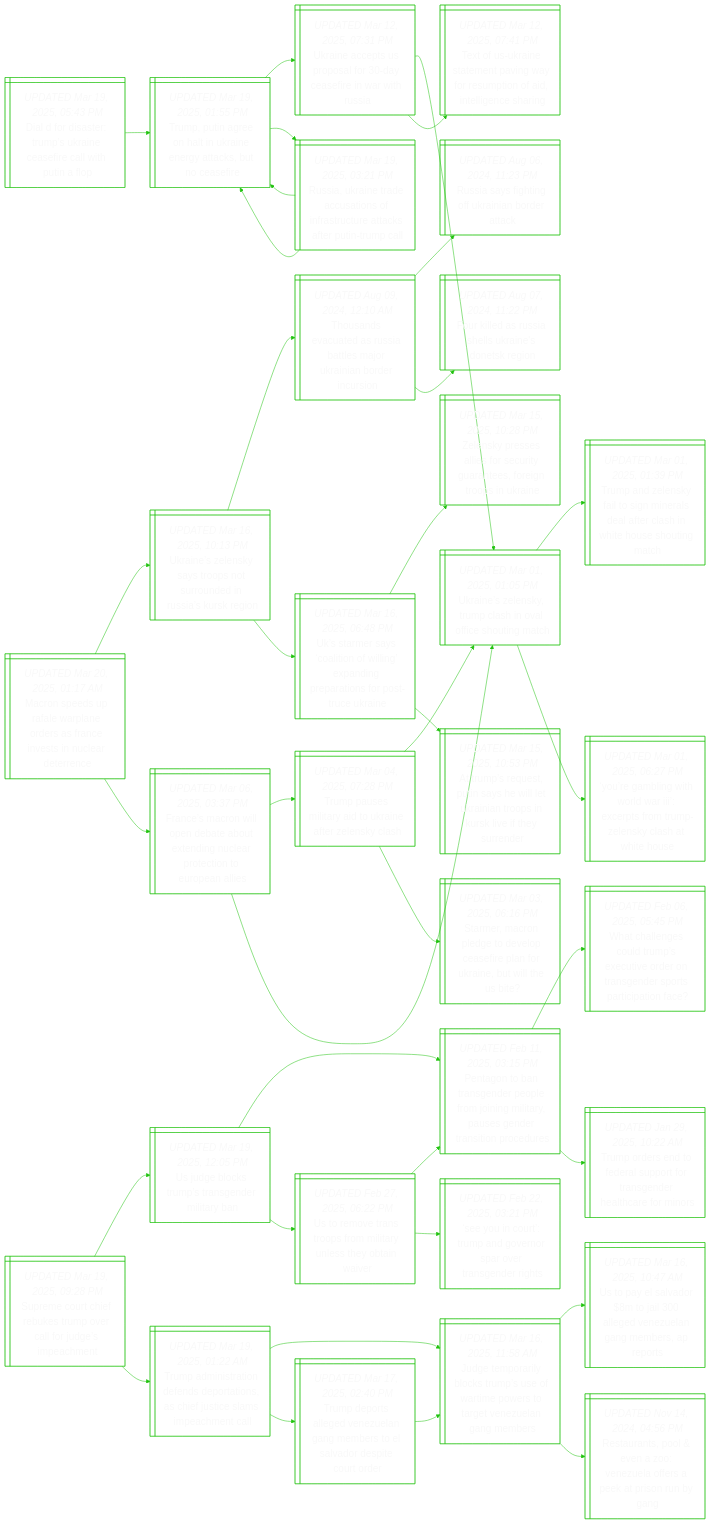
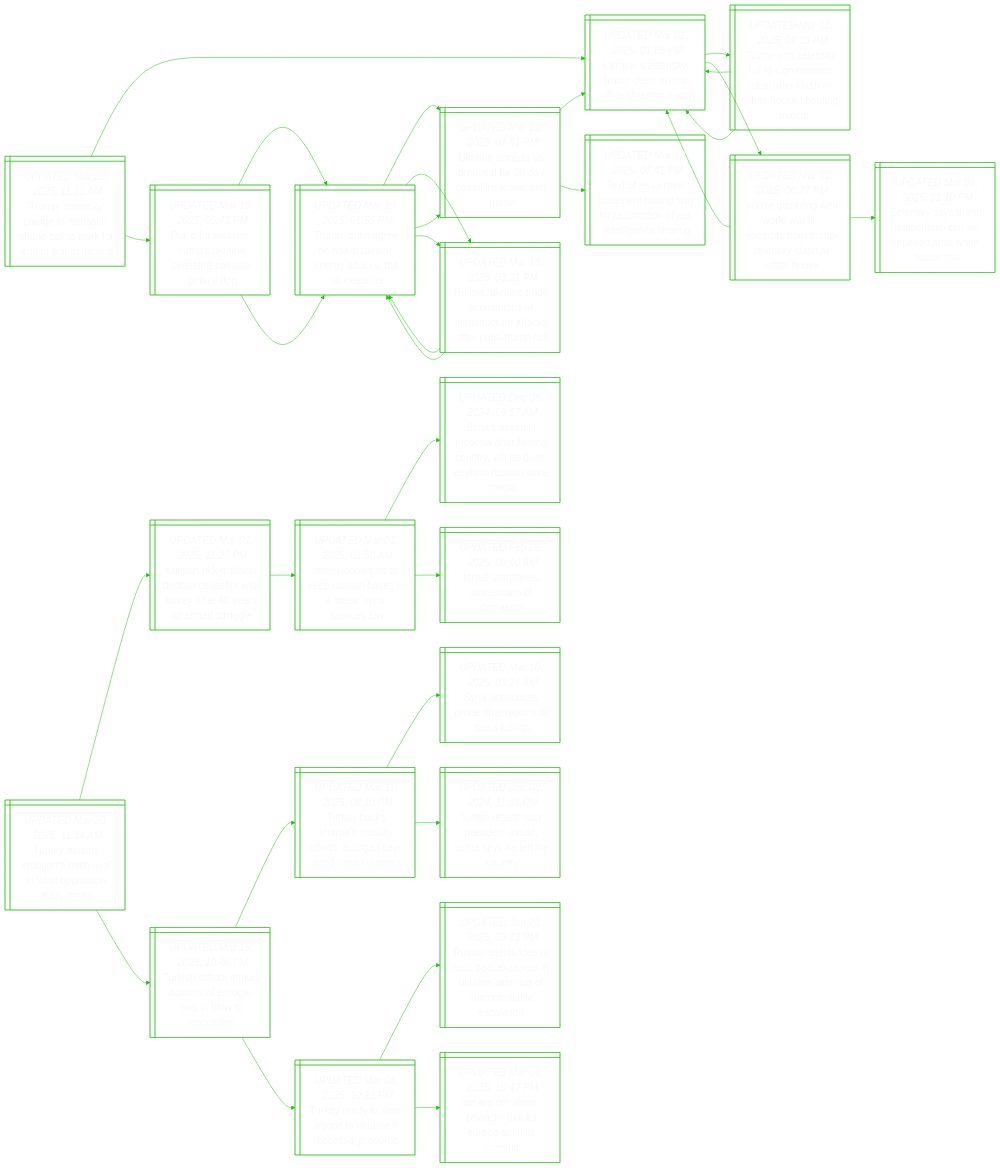
Before and after one commit to notJmes/notJmes: the diagram in README.md, drawn with Mermaid. The commit also changed other lines of this file, not shown here.

````diff
--- a/README.md
+++ b/README.md
@@ -15,6 +15,43 @@
 %%{init: {'theme':'base', 'themeVariables': {'primaryColor': "transparent", 'primaryTextColor': "#F9F9F9", 'lineColor': "#20C20E", 'primaryBorderColor':'#20C20E'}}}%%
 flowchart LR
 classDef txtsize font-size:20px;
+
+TZsenapcofdrr@{ shape: win-pane, label: "_UPDATED Mar 20, 2025, 11:30 AM_
+Trump, zelensky pledge in ‘fantastic’ phone call to work for end to war in ukraine" }
+Unlyphaiogh@{ shape: win-pane, label: "_UPDATED Mar 01, 2025, 01:05 PM_
+Ukraine’s zelensky, trump clash in oval office shouting match" }
+TalytnretaWHsit@{ shape: win-pane, label: "_UPDATED Mar 01, 2025, 01:39 PM_
+Trump and zelensky fail to sign minerals deal after clash in white house shouting match" }
+Unlyphaiogh@{ shape: win-pane, label: "_UPDATED Mar 01, 2025, 01:05 PM_
+Ukraine’s zelensky, trump clash in oval office shouting match" }
+Unlyphaiogh@{ shape: win-pane, label: "_UPDATED Mar 01, 2025, 01:05 PM_
+Ukraine’s zelensky, trump clash in oval office shouting match" }
+YgitlIcsTZsaWH@{ shape: win-pane, label: "_UPDATED Mar 01, 2025, 06:27 PM_
+‘you’re gambling with world war iii’: excerpts from trump-zelensky clash at white house" }
+Unlyphaiogh@{ shape: win-pane, label: "_UPDATED Mar 01, 2025, 01:05 PM_
+Ukraine’s zelensky, trump clash in oval office shouting match" }
+Zsymasaeeets@{ shape: win-pane, label: "_UPDATED Mar 01, 2025, 01:10 PM_
+Zelensky says trump relationship can be repaired after white house row" }
+Dfsrpaeilhnp@{ shape: win-pane, label: "_UPDATED Mar 19, 2025, 05:43 PM_
+Dial d for disaster: trump’s ukraine ceasefire call with putin a flop" }
+TPaotreyctar@{ shape: win-pane, label: "_UPDATED Mar 19, 2025, 01:55 PM_
+Trump, putin agree on halt in ukraine energy attacks, but no ceasefire" }
+UneSoocfnis@{ shape: win-pane, label: "_UPDATED Mar 12, 2025, 07:31 PM_
+Ukraine accepts us proposal for 30-day ceasefire in war with russia" }
+Raiacifacakeiml@{ shape: win-pane, label: "_UPDATED Mar 19, 2025, 03:21 PM_
+Russia, ukraine trade accusations of infrastructure attacks after putin-trump call" }
+
+TZsenapcofdrr:::txtsize --> Unlyphaiogh:::txtsize
+Unlyphaiogh:::txtsize --> TalytnretaWHsit:::txtsize
+TalytnretaWHsit:::txtsize --> Unlyphaiogh:::txtsize
+TalytnretaWHsit:::txtsize --> Unlyphaiogh:::txtsize
+Unlyphaiogh:::txtsize --> YgitlIcsTZsaWH:::txtsize
+YgitlIcsTZsaWH:::txtsize --> Unlyphaiogh:::txtsize
+YgitlIcsTZsaWH:::txtsize --> Zsymasaeeets:::txtsize
+TZsenapcofdrr:::txtsize --> Dfsrpaeilhnp:::txtsize
+Dfsrpaeilhnp:::txtsize --> TPaotreyctar:::txtsize
+TPaotreyctar:::txtsize --> UneSoocfnis:::txtsize
+TPaotreyctar:::txtsize --> Raiacifacakeiml:::txtsize
 
 Dfsrpaeilhnp@{ shape: win-pane, label: "_UPDATED Mar 19, 2025, 05:43 PM_
 Dial d for disaster: trump’s ukraine ceasefire call with putin a flop" }
@@ -41,93 +78,41 @@
 Raiacifacakeiml:::txtsize --> TPaotreyctar:::txtsize
 Raiacifacakeiml:::txtsize --> TPaotreyctar:::txtsize
 
-Mndawadscenetn@{ shape: win-pane, label: "_UPDATED Mar 20, 2025, 01:17 AM_
-Macron speeds up rafale warplane orders as france invests in nuclear deterrence" }
-Unlytsunnirg@{ shape: win-pane, label: "_UPDATED Mar 16, 2025, 10:13 PM_
-Ukraine’s zelensky says troops not surrounded in russia’s kursk region" }
-TavtRaljradco@{ shape: win-pane, label: "_UPDATED Aug 09, 2024, 12:10 AM_
-Thousands evacuated as russia battles major ukrainian border incursion" }
-Rafifibrc@{ shape: win-pane, label: "_UPDATED Aug 06, 2024, 11:23 PM_
-Russia says fighting off ukrainian border attack" }
-Fiasekeee@{ shape: win-pane, label: "_UPDATED Aug 07, 2024, 11:22 PM_
-Four killed as russia shells ukraine's donetsk region" }
-UasoiwnagaortUn@{ shape: win-pane, label: "_UPDATED Mar 16, 2025, 06:48 PM_
-Uk’s starmer says ‘coalition of willing’ expanding preparations for post-truce ukraine" }
-Zseasetreeria@{ shape: win-pane, label: "_UPDATED Mar 15, 2025, 10:28 PM_
-Zelensky presses allies for security guarantees, foreign troops in ukraine" }
-AmqPselraoKlfsn@{ shape: win-pane, label: "_UPDATED Mar 15, 2025, 10:53 PM_
-At trump’s request, putin says he will let ukrainian troops in kursk live if they surrender" }
-FerlntuegeoiEel@{ shape: win-pane, label: "_UPDATED Mar 06, 2025, 03:37 PM_
-France’s macron will open debate about extending nuclear protection to european allies" }
-Tpstikernl@{ shape: win-pane, label: "_UPDATED Mar 04, 2025, 07:28 PM_
-Trump pauses military aid to ukraine after zelensky clash" }
-Unlyphaiogh@{ shape: win-pane, label: "_UPDATED Mar 01, 2025, 01:05 PM_
-Ukraine’s zelensky, trump clash in oval office shouting match" }
-Sereolarnkeiet@{ shape: win-pane, label: "_UPDATED Mar 03, 2025, 06:16 PM_
-Starmer, macron pledge to develop ceasefire plan for ukraine, but will the us bite?" }
-Unlyphaiogh@{ shape: win-pane, label: "_UPDATED Mar 01, 2025, 01:05 PM_
-Ukraine’s zelensky, trump clash in oval office shouting match" }
-TalytnretaWHsit@{ shape: win-pane, label: "_UPDATED Mar 01, 2025, 01:39 PM_
-Trump and zelensky fail to sign minerals deal after clash in white house shouting match" }
-YgitlIcsTZsaWH@{ shape: win-pane, label: "_UPDATED Mar 01, 2025, 06:27 PM_
-‘you’re gambling with world war iii’: excerpts from trump-zelensky clash at white house" }
+Tyidsritsns@{ shape: win-pane, label: "_UPDATED Mar 20, 2025, 11:34 AM_
+Turkey detains erdogan’s main rival in what opposition calls ‘coup’" }
+Ksmaeeewuayoeu@{ shape: win-pane, label: "_UPDATED Mar 01, 2025, 11:23 PM_
+Kurdish pkk militants declare ceasefire with turkey after 40 years of armed struggle" }
+IlitpisaSse@{ shape: win-pane, label: "_UPDATED Mar 01, 2025, 01:50 AM_
+Israel lobbies us to keep russian bases in a ‘weak’ syria, sources say" }
+SsdsflgtlisRati@{ shape: win-pane, label: "_UPDATED Dec 09, 2024, 09:57 AM_
+Syria’s assad in moscow after fleeing country, will be given asylum: russian state media" }
+Ilpsktau@{ shape: win-pane, label: "_UPDATED Feb 26, 2025, 09:40 AM_
+Israeli warplanes strike south of damascus" }
+Tsoniadriwpi@{ shape: win-pane, label: "_UPDATED Mar 19, 2025, 10:46 PM_
+Turkish school annuls diploma of erdogan rival in blow to opposition" }
+Tysaatornayvn@{ shape: win-pane, label: "_UPDATED Mar 11, 2025, 08:10 PM_
+Turkey backs sharaa’s stability efforts, erdogan says amid syrian violence" }
+Sanrfessl@{ shape: win-pane, label: "_UPDATED Mar 10, 2025, 03:27 AM_
+Syria announces probe after reports of mass killings" }
+SnltiARahtoy@{ shape: win-pane, label: "_UPDATED Dec 08, 2024, 11:38 PM_
+Syrian rebels oust president assad; russia says he left the country" }
+TyynoUneau@{ shape: win-pane, label: "_UPDATED Mar 06, 2025, 10:22 PM_
+Turkey ready to send troops to ukraine if necessary: source" }
+Raceaaeiaagcolao@{ shape: win-pane, label: "_UPDATED Jan 23, 2025, 09:13 PM_
+Russia rejects idea of nato peacekeepers in ukraine, warning of ‘uncontrollable escalation’" }
+Wnolykocsi@{ shape: win-pane, label: "_UPDATED Mar 06, 2025, 10:42 PM_
+‘we are not alone’: zelensky thanks europe at crisis summit" }
 
-Mndawadscenetn:::txtsize --> Unlytsunnirg:::txtsize
-Unlytsunnirg:::txtsize --> TavtRaljradco:::txtsize
-TavtRaljradco:::txtsize --> Rafifibrc:::txtsize
-TavtRaljradco:::txtsize --> Fiasekeee:::txtsize
-Unlytsunnirg:::txtsize --> UasoiwnagaortUn:::txtsize
-UasoiwnagaortUn:::txtsize --> Zseasetreeria:::txtsize
-UasoiwnagaortUn:::txtsize --> AmqPselraoKlfsn:::txtsize
-Mndawadscenetn:::txtsize --> FerlntuegeoiEel:::txtsize
-FerlntuegeoiEel:::txtsize --> Tpstikernl:::txtsize
-Tpstikernl:::txtsize --> Unlyphaiogh:::txtsize
-Tpstikernl:::txtsize --> Sereolarnkeiet:::txtsize
-FerlntuegeoiEel:::txtsize --> Unlyphaiogh:::txtsize
-Unlyphaiogh:::txtsize --> TalytnretaWHsit:::txtsize
-Unlyphaiogh:::txtsize --> YgitlIcsTZsaWH:::txtsize
-
-Smreurvljsan@{ shape: win-pane, label: "_UPDATED Mar 19, 2025, 09:28 PM_
-Supreme court chief rebukes trump over call for judge’s impeachment" }
-Ugcureman@{ shape: win-pane, label: "_UPDATED Mar 19, 2025, 12:05 PM_
-Us judge blocks trump’s transgender military ban" }
-Pgbanefogtagrsnes@{ shape: win-pane, label: "_UPDATED Feb 11, 2025, 03:15 PM_
-Pentagon to ban transgender people from joining military, pauses gender transition procedures" }
-Whnoretrnserrpn@{ shape: win-pane, label: "_UPDATED Feb 06, 2025, 05:45 PM_
-What challenges could trump’s executive order on transgender sports participation face?" }
-Tosorpfanecoo@{ shape: win-pane, label: "_UPDATED Jan 29, 2025, 10:22 AM_
-Trump orders end to federal support for transgender healthcare for minors" }
-Uettsmalhta@{ shape: win-pane, label: "_UPDATED Feb 27, 2025, 06:22 PM_
-Us to remove trans troops from military unless they obtain waiver" }
-Pgbanefogtagrsnes@{ shape: win-pane, label: "_UPDATED Feb 11, 2025, 03:15 PM_
-Pentagon to ban transgender people from joining military, pauses gender transition procedures" }
-Suuudrpendg@{ shape: win-pane, label: "_UPDATED Feb 22, 2025, 03:21 PM_
-‘see you in court’: trump and governor spar over transgender rights" }
-TaitesroCJcmeel@{ shape: win-pane, label: "_UPDATED Mar 19, 2025, 01:22 AM_
-Trump administration defends deportations, as chief justice slams impeachment call" }
-Jtrykmerpsreeam@{ shape: win-pane, label: "_UPDATED Mar 16, 2025, 11:58 AM_
-Judge temporarily blocks trump’s use of wartime powers to target venezuelan gang members" }
-Uaaojldznmres@{ shape: win-pane, label: "_UPDATED Mar 16, 2025, 10:47 AM_
-Us to pay el salvador $8m to jail 300 alleged venezuelan gang members, ap reports" }
-Ruseznleepny@{ shape: win-pane, label: "_UPDATED Nov 14, 2024, 04:56 PM_
-Restaurants, pool & even a zoo: venezuela offers a peek at prison run by gang" }
-Tdteeeamtaopor@{ shape: win-pane, label: "_UPDATED Mar 17, 2025, 02:40 PM_
-Trump deports alleged venezuelan gang members to el salvador despite court order" }
-Jtrykmerpsreeam@{ shape: win-pane, label: "_UPDATED Mar 16, 2025, 11:58 AM_
-Judge temporarily blocks trump’s use of wartime powers to target venezuelan gang members" }
-
-Smreurvljsan:::txtsize --> Ugcureman:::txtsize
-Ugcureman:::txtsize --> Pgbanefogtagrsnes:::txtsize
-Pgbanefogtagrsnes:::txtsize --> Whnoretrnserrpn:::txtsize
-Pgbanefogtagrsnes:::txtsize --> Tosorpfanecoo:::txtsize
-Ugcureman:::txtsize --> Uettsmalhta:::txtsize
-Uettsmalhta:::txtsize --> Pgbanefogtagrsnes:::txtsize
-Uettsmalhta:::txtsize --> Suuudrpendg:::txtsize
-Smreurvljsan:::txtsize --> TaitesroCJcmeel:::txtsize
-TaitesroCJcmeel:::txtsize --> Jtrykmerpsreeam:::txtsize
-Jtrykmerpsreeam:::txtsize --> Uaaojldznmres:::txtsize
-Jtrykmerpsreeam:::txtsize --> Ruseznleepny:::txtsize
-TaitesroCJcmeel:::txtsize --> Tdteeeamtaopor:::txtsize
-Tdteeeamtaopor:::txtsize --> Jtrykmerpsreeam:::txtsize
+Tyidsritsns:::txtsize --> Ksmaeeewuayoeu:::txtsize
+Ksmaeeewuayoeu:::txtsize --> IlitpisaSse:::txtsize
+IlitpisaSse:::txtsize --> SsdsflgtlisRati:::txtsize
+IlitpisaSse:::txtsize --> Ilpsktau:::txtsize
+Tyidsritsns:::txtsize --> Tsoniadriwpi:::txtsize
+Tsoniadriwpi:::txtsize --> Tysaatornayvn:::txtsize
+Tysaatornayvn:::txtsize --> Sanrfessl:::txtsize
+Tysaatornayvn:::txtsize --> SnltiARahtoy:::txtsize
+Tsoniadriwpi:::txtsize --> TyynoUneau:::txtsize
+TyynoUneau:::txtsize --> Raceaaeiaagcolao:::txtsize
+TyynoUneau:::txtsize --> Wnolykocsi:::txtsize
 
 ```
````
